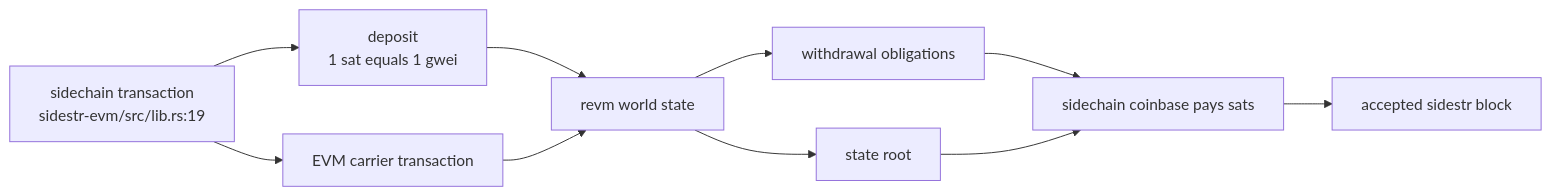
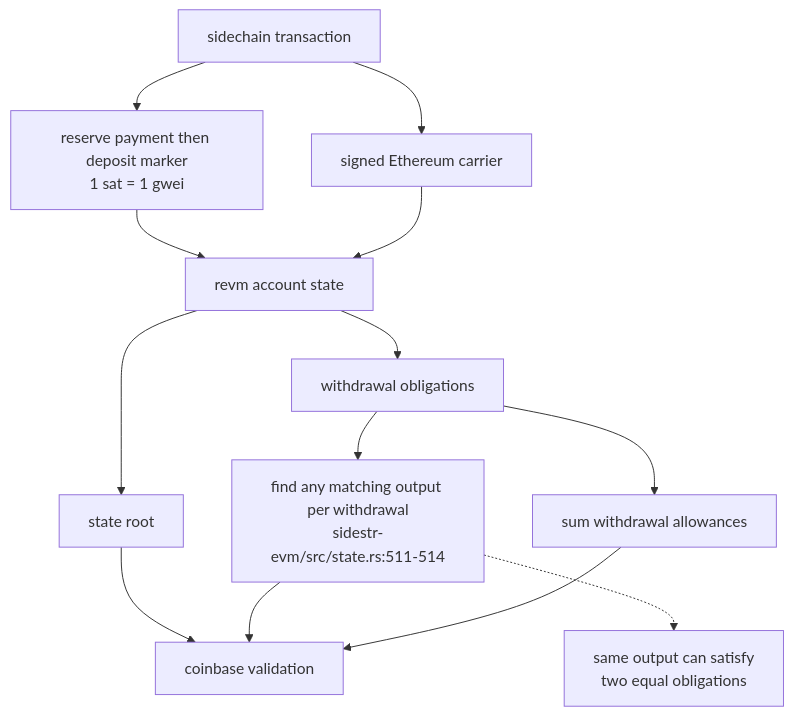
Before and after one commit to DreamLab-AI/VisionFlow: the first of 4 diagrams in docs/diagrams/sidestr-rs/03-evm-overlay-and-retained-state.md, drawn with Mermaid. The commit also changed other lines of this file and 27 other files, not shown here.

````diff
--- a/docs/diagrams/sidestr-rs/03-evm-overlay-and-retained-state.md
+++ b/docs/diagrams/sidestr-rs/03-evm-overlay-and-retained-state.md
@@ -34,12 +35,15 @@
 ```mermaid
-flowchart LR
-    STX["sidechain transaction<br/>sidestr-evm/src/lib.rs:19"] --> DEP["deposit<br/>1 sat equals 1 gwei"]
-    STX --> CAR["EVM carrier transaction"]
-    DEP --> EVM["revm world state"]
+flowchart TB
+    STX["sidechain transaction"] --> DEP["reserve payment then deposit marker<br/>1 sat = 1 gwei"]
+    STX --> CAR["signed Ethereum carrier"]
+    DEP --> EVM["revm account state"]
     CAR --> EVM
+    EVM --> ROOT["state root"]
     EVM --> W["withdrawal obligations"]
-    EVM --> ROOT["state root"]
-    W --> CB["sidechain coinbase pays sats"]
-    ROOT --> CB
-    CB --> BLOCK["accepted sidestr block"]
+    ROOT --> CB["coinbase validation"]
+    W --> MATCH["find any matching output per withdrawal<br/>sidestr-evm/src/state.rs:511-514"]
+    MATCH --> CB
+    W --> CAP["sum withdrawal allowances"]
+    CAP --> CB
+    MATCH -.-> GAP["same output can satisfy<br/>two equal obligations"]
 ```
````
